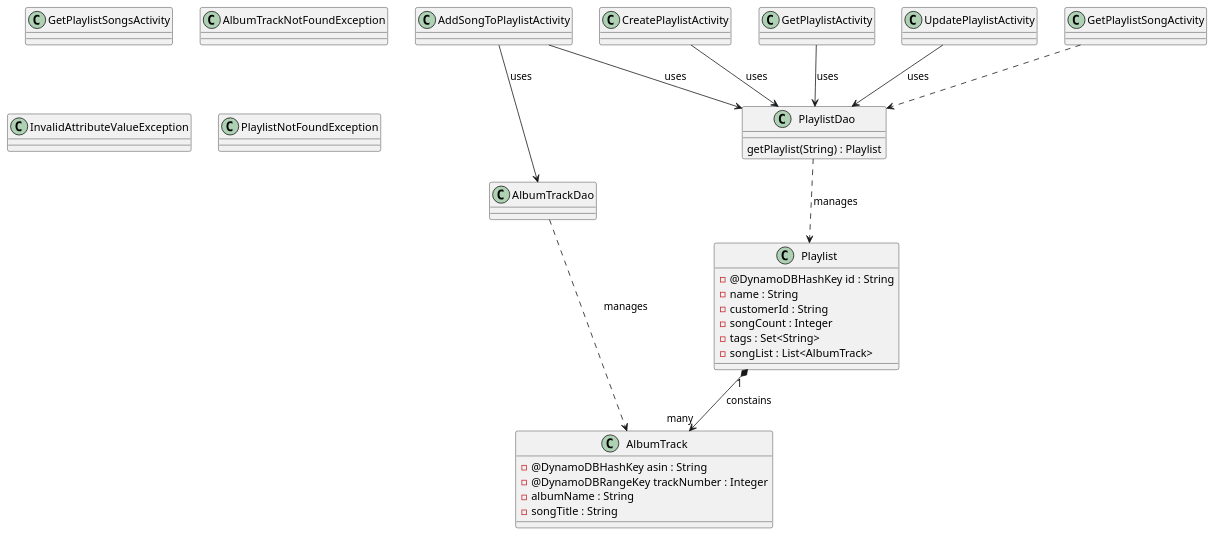
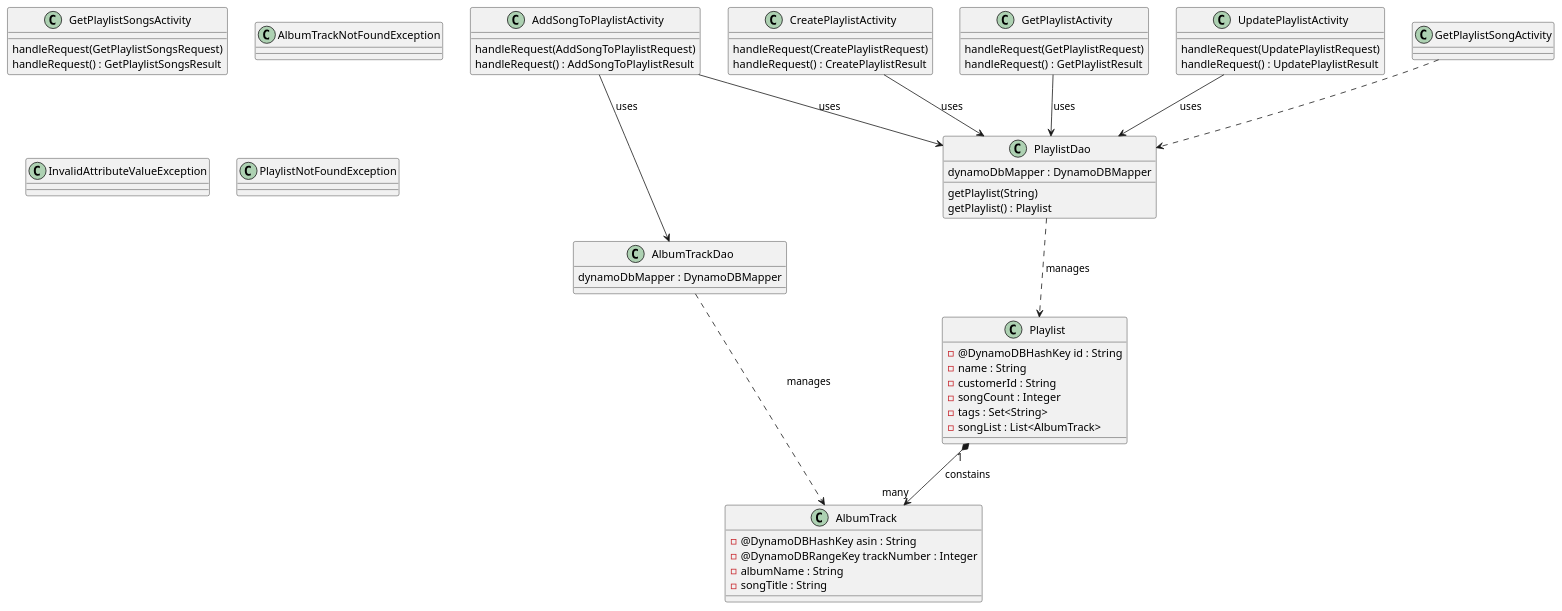
The diagram in src/resources/mastery-task1-music-playlist-CD.puml (decagondev/playlisttesting), drawn with PlantUML before and after one commit. The commit also changed 1 other file, not shown here.

```diff
--- a/src/resources/mastery-task1-music-playlist-CD.puml
+++ b/src/resources/mastery-task1-music-playlist-CD.puml
@@ -1,58 +1,89 @@
 @startuml
 
 ' Activity Classes
 class AddSongToPlaylistActivity {
 }
 class CreatePlaylistActivity {
 }
 class GetPlaylistActivity {
 }
 class GetPlaylistSongsActivity {
 }
 class UpdatePlaylistActivity {
 }
 
 ' DAO Classes
 class AlbumTrackDao {
+dynamoDbMapper : DynamoDBMapper
 }
+
 class PlaylistDao {
-    getPlaylist(String) : Playlist
+dynamoDbMapper : DynamoDBMapper
+getPlaylist(String)
+getPlaylist() : Playlist
 }
+
+class AddSongToPlaylistActivity {
+handleRequest(AddSongToPlaylistRequest)
+handleRequest() : AddSongToPlaylistResult
+}
+
+class CreatePlaylistActivity {
+handleRequest(CreatePlaylistRequest)
+handleRequest() : CreatePlaylistResult
+}
+
+class GetPlaylistActivity {
+handleRequest(GetPlaylistRequest)
+handleRequest() : GetPlaylistResult
+}
+
+class GetPlaylistSongsActivity {
+handleRequest(GetPlaylistSongsRequest)
+handleRequest() : GetPlaylistSongsResult
+}
+
+class UpdatePlaylistActivity {
+handleRequest(UpdatePlaylistRequest)
+handleRequest() : UpdatePlaylistResult
+}
+
+
 
 ' Exception Classes
 class AlbumTrackNotFoundException {
 }
 class InvalidAttributeValueException {
 }
 class PlaylistNotFoundException {
 }
 
 ' DynamoDB Model Classes
 class AlbumTrack {
     -@DynamoDBHashKey asin : String
     -@DynamoDBRangeKey trackNumber : Integer
     -albumName : String
     -songTitle : String
 }
 
 class Playlist {
   -@DynamoDBHashKey id : String
   -name : String
   -customerId : String
   -songCount : Integer
   -tags : Set<String>
   -songList : List<AlbumTrack>
 }
 
 ' Relationships
 CreatePlaylistActivity --> PlaylistDao : uses
 GetPlaylistActivity --> PlaylistDao : uses
 AddSongToPlaylistActivity --> AlbumTrackDao : uses
 AddSongToPlaylistActivity --> PlaylistDao : uses
 UpdatePlaylistActivity --> PlaylistDao : uses
 AlbumTrackDao ..> AlbumTrack : "manages"
 PlaylistDao ..> Playlist : "manages"
 Playlist "1" *--> "many" AlbumTrack : constains
 GetPlaylistSongActivity ..> PlaylistDao
 
 @enduml
```
